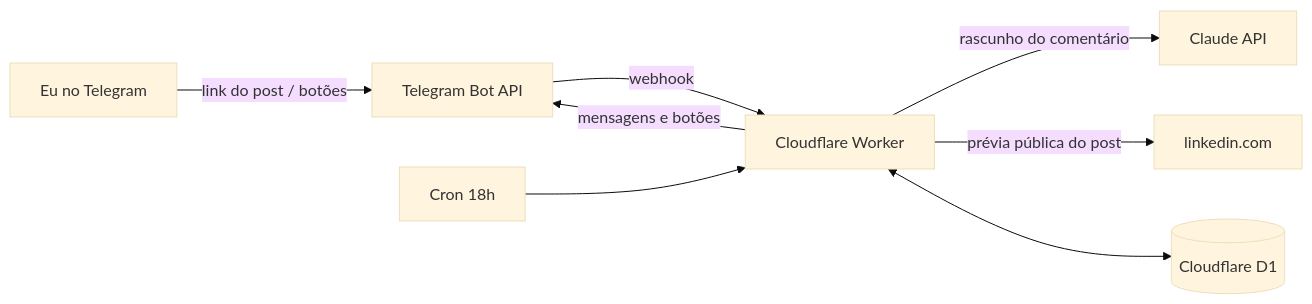
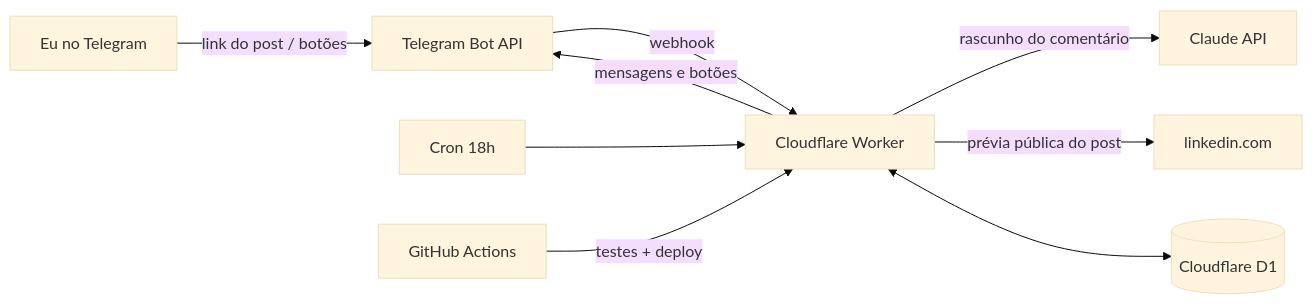
Before and after one commit to maferfan/ssi-copilot: the second of 2 diagrams in README.md, drawn with Mermaid (base theme). The commit also changed other lines of this file, not shown here.

````diff
--- a/README.md
+++ b/README.md
@@ -28,10 +73,11 @@
 ```mermaid
 flowchart LR
     U[Eu no Telegram] -- link do post / botões --> TG[Telegram Bot API]
     TG -- webhook --> W[Cloudflare Worker]
     W -- mensagens e botões --> TG
     C[Cron 18h] --> W
     W -- rascunho do comentário --> A[Claude API]
     W -- prévia pública do post --> L[linkedin.com]
     W <--> D[(Cloudflare D1)]
+    GH[GitHub Actions] -- testes + deploy --> W
 ```
````
